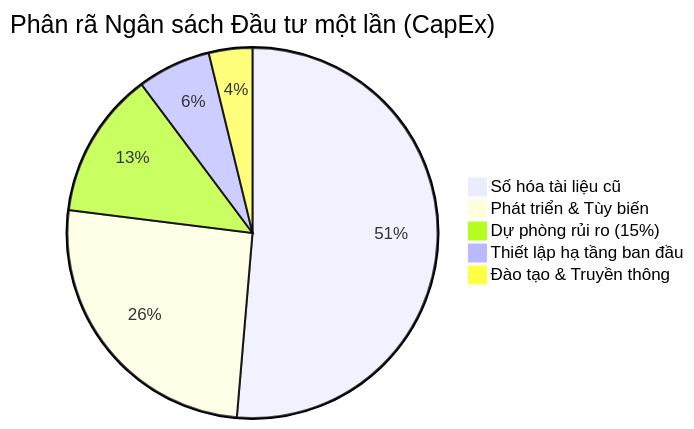
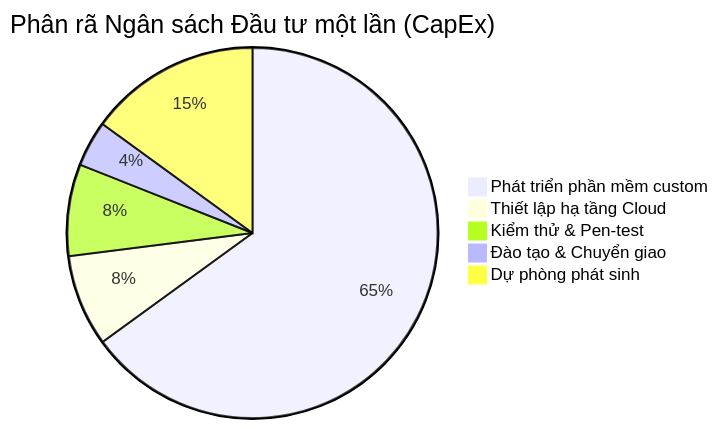
Before and after one commit to se-bros/hcmus-projectmanage--lab: the diagram in docs/images/capex_breakdown.mmd, drawn with Mermaid. The commit also changed 27 other files, not shown here.

```diff
--- a/docs/images/capex_breakdown.mmd
+++ b/docs/images/capex_breakdown.mmd
@@ -1,6 +1,6 @@
 pie title Phân rã Ngân sách Đầu tư một lần (CapEx)
-    "Số hóa tài liệu cũ" : 51.3
-    "Phát triển & Tùy biến" : 25.6
-    "Dự phòng rủi ro (15%)" : 12.8
-    "Thiết lập hạ tầng ban đầu" : 6.4
-    "Đào tạo & Truyền thông" : 3.8
+    "Phát triển phần mềm custom" : 65
+    "Thiết lập hạ tầng Cloud" : 8
+    "Kiểm thử & Pen-test" : 8
+    "Đào tạo & Chuyển giao" : 4
+    "Dự phòng phát sinh" : 15
```
